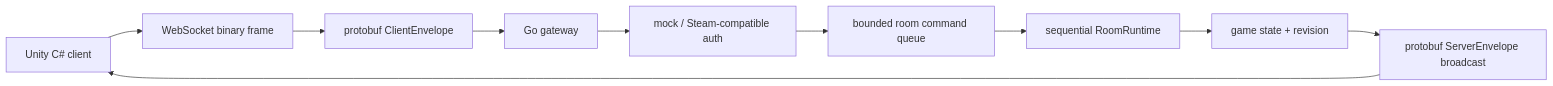
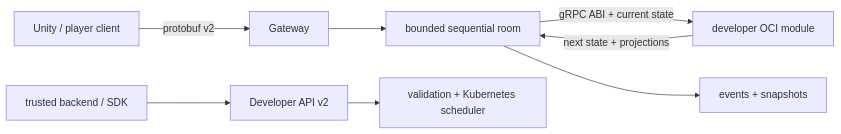
Before and after one commit to Ruleshift/server: the diagram in README.md, drawn with Mermaid. The commit also changed other lines of this file and 132 other files, not shown here.

Commit message:
v2: change modules to OCI and k8s scheduler

````diff
--- a/README.md
+++ b/README.md
@@ -11,12 +23,10 @@
 ```mermaid
 flowchart LR
-    Unity["Unity C# client"] --> WS["WebSocket binary frame"]
-    WS --> PB["protobuf ClientEnvelope"]
-    PB --> Gateway["Go gateway"]
-    Gateway --> Auth["mock / Steam-compatible auth"]
-    Auth --> RoomQueue["bounded room command queue"]
-    RoomQueue --> Runtime["sequential RoomRuntime"]
-    Runtime --> State["game state + revision"]
-    State --> Broadcast["protobuf ServerEnvelope broadcast"]
-    Broadcast --> Unity
+    Client["Unity / player client"] -->|"protobuf v2"| Gateway
+    Gateway --> Room["bounded sequential room"]
+    Room -->|"gRPC ABI + current state"| OCI["developer OCI module"]
+    OCI -->|"next state + projections"| Room
+    Room --> DB["events + snapshots"]
+    Backend["trusted backend / SDK"] --> API["Developer API v2"]
+    API --> K8s["validation + Kubernetes scheduler"]
 ```
````
